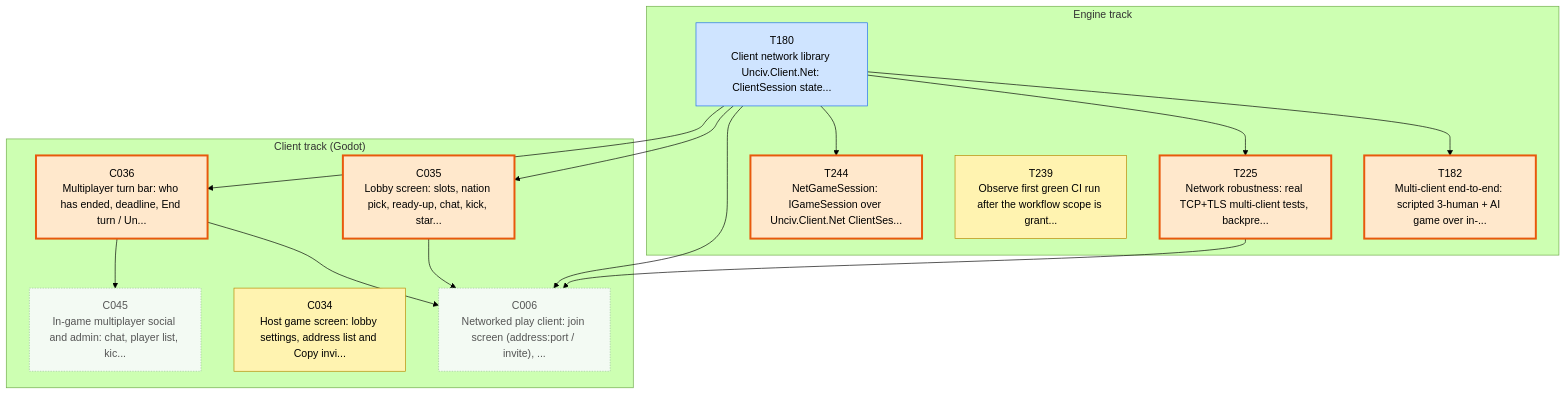
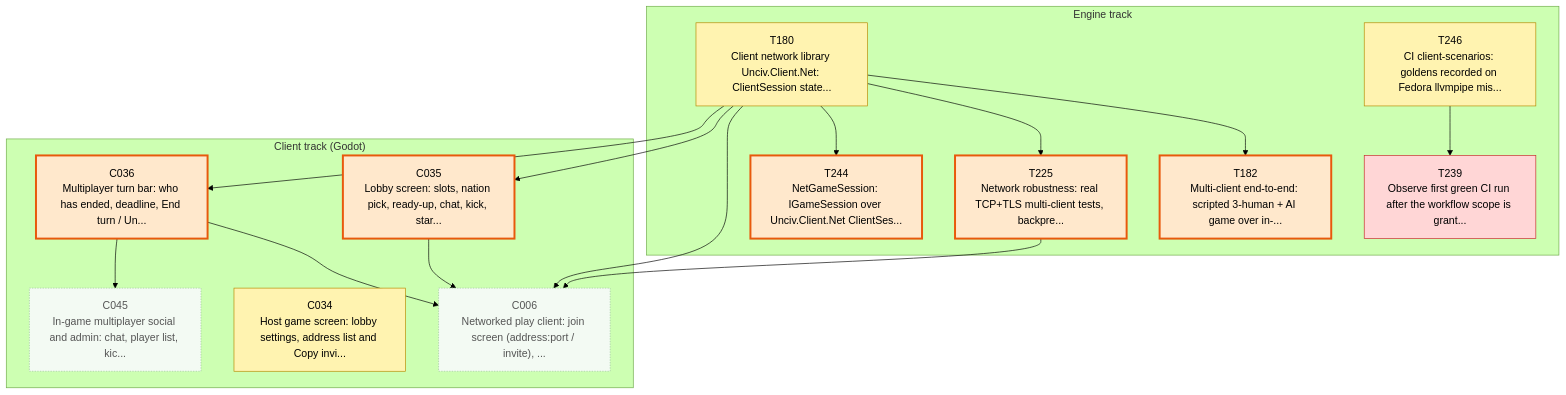
Before and after one commit to Kenmura/Unciv: the first of 3 diagrams in csharp/migration/DEPENDENCY_MAP.md, drawn with Mermaid (forest theme). The commit also changed other lines of this file and 1 other file, not shown here.

````diff
--- a/csharp/migration/DEPENDENCY_MAP.md
+++ b/csharp/migration/DEPENDENCY_MAP.md
@@ -24,44 +24,47 @@
 ```mermaid
 flowchart TD
   subgraph TTRACK["Engine track"]
     T180["T180<br/>Client network library Unciv.Client.Net: ClientSession state..."]
     T182["T182<br/>Multi-client end-to-end: scripted 3-human + AI game over in-..."]
     T225["T225<br/>Network robustness: real TCP+TLS multi-client tests, backpre..."]
     T239["T239<br/>Observe first green CI run after the workflow scope is grant..."]
     T244["T244<br/>NetGameSession: IGameSession over Unciv.Client.Net ClientSes..."]
+    T246["T246<br/>CI client-scenarios: goldens recorded on Fedora llvmpipe mis..."]
   end
   subgraph CTRACK["Client track (Godot)"]
     C006["C006<br/>Networked play client: join screen (address:port / invite), ..."]
     C034["C034<br/>Host game screen: lobby settings, address list and Copy invi..."]
     C035["C035<br/>Lobby screen: slots, nation pick, ready-up, chat, kick, star..."]
     C036["C036<br/>Multiplayer turn bar: who has ended, deadline, End turn / Un..."]
     C045["C045<br/>In-game multiplayer social and admin: chat, player list, kic..."]
   end
   T180 --> T182
   T180 --> T225
+  T246 --> T239
   T180 --> T244
   T180 --> C006
   C035 --> C006
   C036 --> C006
   T225 --> C006
   T180 --> C035
   T180 --> C036
   C036 --> C045
   classDef waiting fill:#f3faf3,stroke:#9bc49b,color:#555,stroke-dasharray:2 2
   classDef ondeck fill:#ffe8cc,stroke:#e8590c,stroke-width:3px,color:#000
   classDef ready fill:#7ee787,stroke:#1a7f37,stroke-width:3px,color:#000
   classDef prog fill:#fff3b0,stroke:#b58900,color:#000
   classDef review fill:#cfe4ff,stroke:#1f6feb,color:#000
   classDef blocked fill:#ffd6d6,stroke:#c62828,color:#000
   classDef done fill:#eeeeee,stroke:#999999,color:#666,stroke-dasharray:4 3
   class C006 waiting
   class C034 prog
   class C035 ondeck
   class C036 ondeck
   class C045 waiting
-  class T180 review
+  class T180 prog
   class T182 ondeck
   class T225 ondeck
-  class T239 prog
+  class T239 blocked
   class T244 ondeck
+  class T246 prog
 ```
````
